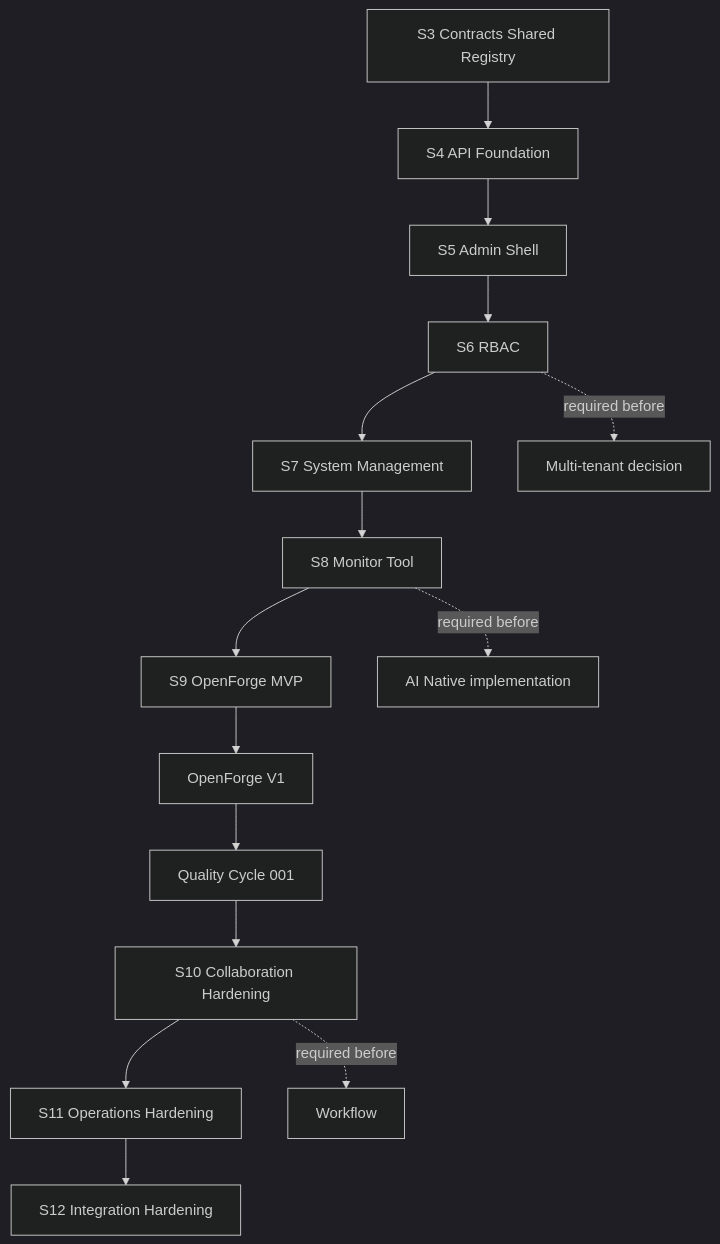
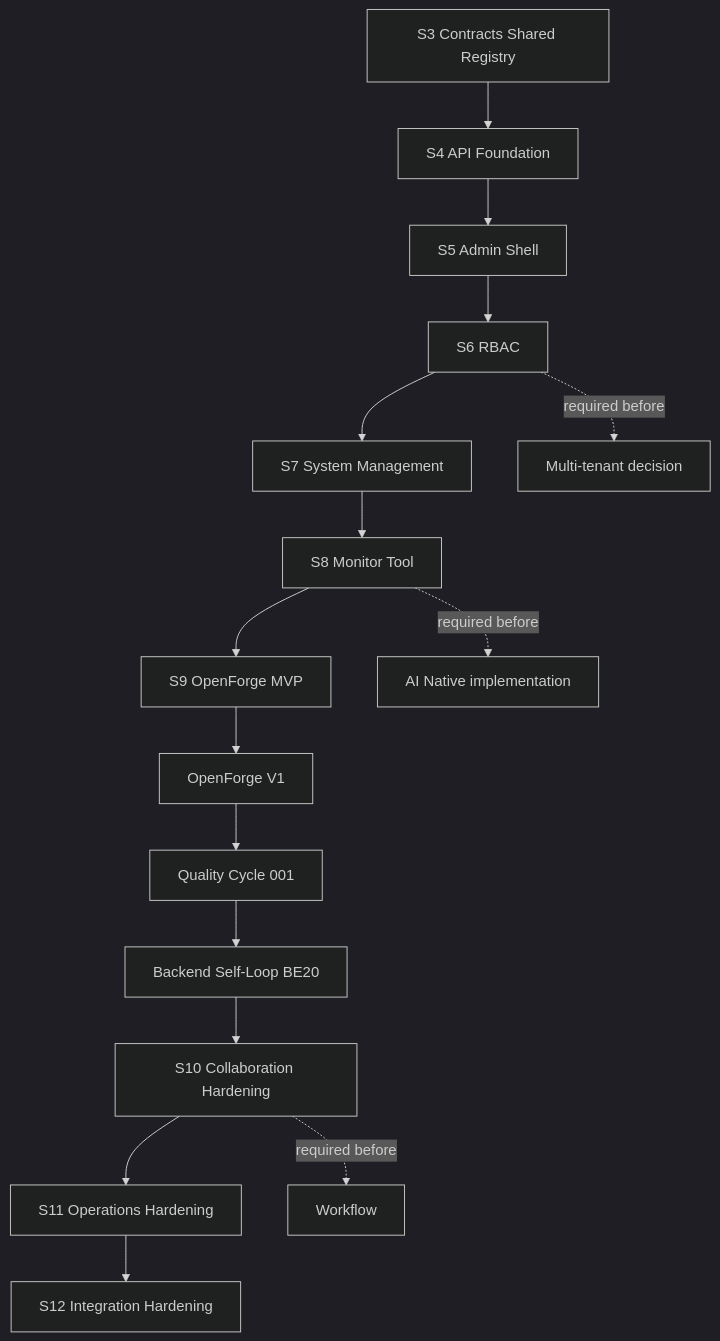
Before and after one commit to Gan-Xing/OpenCore: the third of 3 diagrams in docs/strategy/staged-roadmap.md, drawn with Mermaid (dark theme). The commit also changed other lines of this file and 23 other files, not shown here.

First line of the commit message:
docs(docs): reconcile backend self-loop documentation / 对齐后端自循环文档状态

````diff
--- a/docs/strategy/staged-roadmap.md
+++ b/docs/strategy/staged-roadmap.md
@@ -80,17 +83,18 @@
 ```mermaid
 flowchart TD
   S3[S3 Contracts Shared Registry] --> S4[S4 API Foundation]
   S4 --> S5[S5 Admin Shell]
   S5 --> S6[S6 RBAC]
   S6 --> S7[S7 System Management]
   S7 --> S8[S8 Monitor Tool]
   S8 --> S9[S9 OpenForge MVP]
   S9 --> V1[OpenForge V1]
   V1 --> Q001[Quality Cycle 001]
-  Q001 --> S10[S10 Collaboration Hardening]
+  Q001 --> BE20[Backend Self-Loop BE20]
+  BE20 --> S10[S10 Collaboration Hardening]
   S10 --> S11[S11 Operations Hardening]
   S11 --> S12[S12 Integration Hardening]
   S6 -. required before .-> TENANT[Multi-tenant decision]
   S10 -. required before .-> WORKFLOW[Workflow]
   S8 -. required before .-> AI[AI Native implementation]
 ```
````
